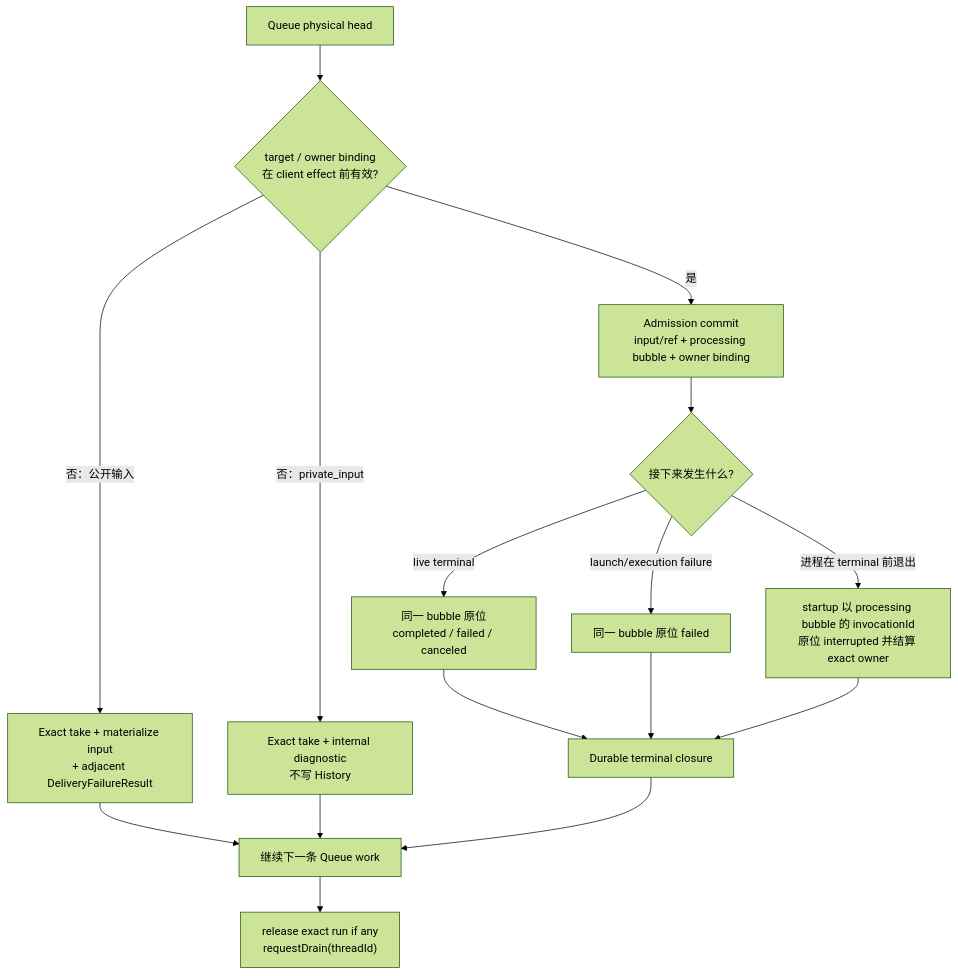
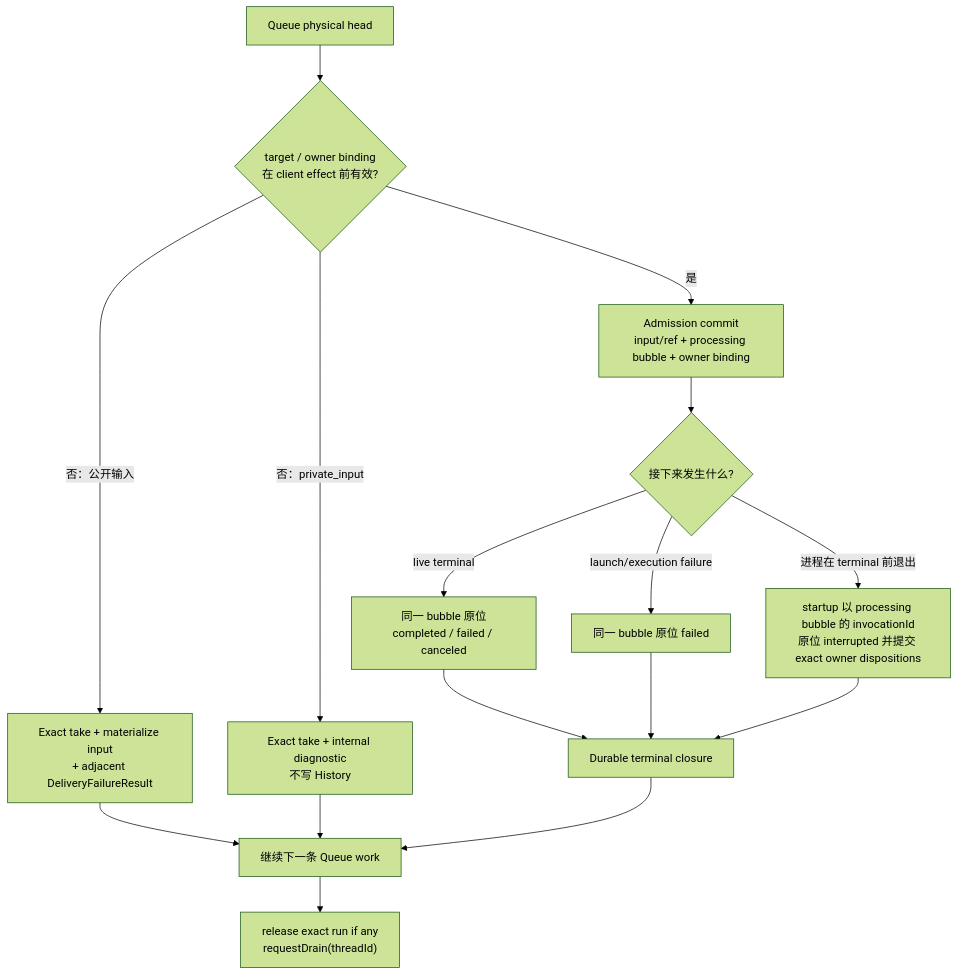
Before and after one commit to zts212653/clowder-ai: the sixth of 8 diagrams in docs/architecture/message-delivery-handling-handoff-audit.md, drawn with Mermaid (forest theme). The commit also changed other lines of this file, not shown here.

````diff
--- a/docs/architecture/message-delivery-handling-handoff-audit.md
+++ b/docs/architecture/message-delivery-handling-handoff-audit.md
@@ -267,18 +268,18 @@
 ```mermaid
 flowchart TD
     Q["Queue physical head"] --> V{"target / owner binding<br/>在 client effect 前有效?"}
     V -->|"否：公开输入"| PF["Exact take + materialize input<br/>+ adjacent DeliveryFailureResult"]
     V -->|"否：private_input"| PI["Exact take + internal diagnostic<br/>不写 History"]
     V -->|"是"| A["Admission commit<br/>input/ref + processing bubble + owner binding"]
     A --> C{"接下来发生什么?"}
     C -->|"live terminal"| T["同一 bubble 原位<br/>completed / failed / canceled"]
     C -->|"launch/execution failure"| F["同一 bubble 原位 failed"]
-    C -->|"进程在 terminal 前退出"| I["startup 以 processing bubble 的 invocationId<br/>原位 interrupted 并结算 exact owner"]
+    C -->|"进程在 terminal 前退出"| I["startup 以 processing bubble 的 invocationId<br/>原位 interrupted 并提交 exact owner dispositions"]
     T --> X["Durable terminal closure"]
     F --> X
     I --> X
     PF --> N["继续下一条 Queue work"]
     PI --> N
     X --> N
     N --> D["release exact run if any<br/>requestDrain(threadId)"]
 ```
````
